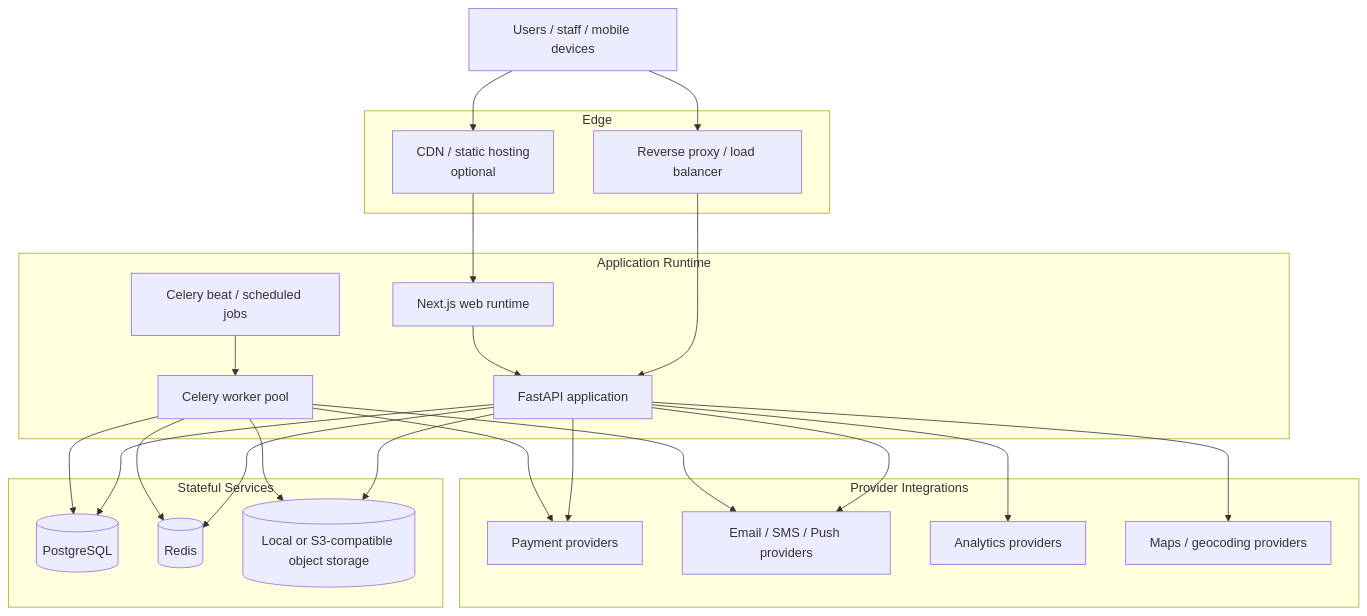
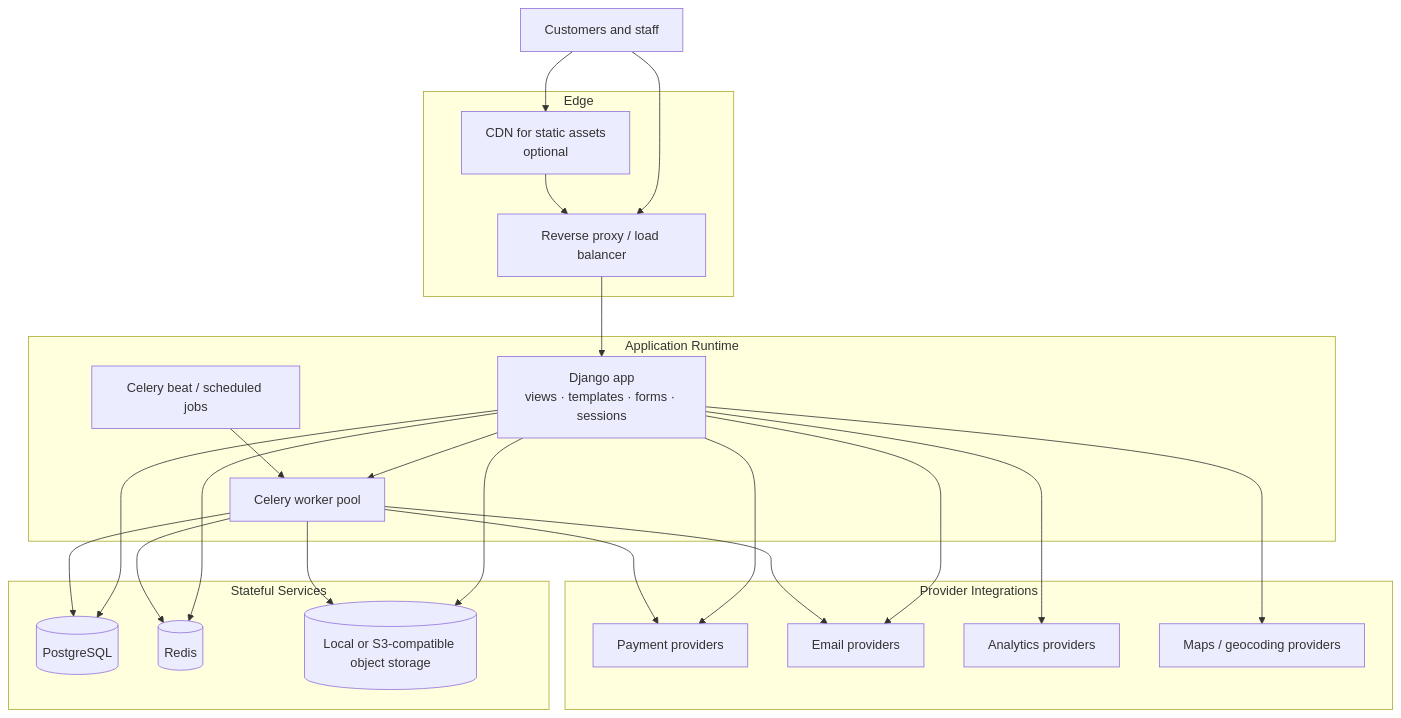
Before and after one commit to 0Ankit0/O.S.M: the diagram in docs/system-design/infrastructure/cloud-architecture.md, drawn with Mermaid. The commit also changed other lines of this file and 354 other files, not shown here.

````diff
--- a/docs/system-design/infrastructure/cloud-architecture.md
+++ b/docs/system-design/infrastructure/cloud-architecture.md
@@ -9,48 +9,47 @@
 ```mermaid
 graph TB
-    Internet["Users / staff / mobile devices"]
+    Internet["Customers and staff"]
 
     subgraph Edge["Edge"]
-        CDN["CDN / static hosting<br/>optional"]
+        CDN["CDN for static assets<br/>optional"]
         ReverseProxy["Reverse proxy / load balancer"]
     end
 
     subgraph App["Application Runtime"]
-        Next["Next.js web runtime"]
-        API["FastAPI application"]
+        Django["Django app<br/>views · templates · forms · sessions"]
         Worker["Celery worker pool"]
         Beat["Celery beat / scheduled jobs"]
     end
 
     subgraph Data["Stateful Services"]
         PG[("PostgreSQL")]
         Redis[("Redis")]
         Storage[("Local or S3-compatible object storage")]
     end
 
     subgraph External["Provider Integrations"]
         Payment["Payment providers"]
-        Notification["Email / SMS / Push providers"]
+        Notification["Email providers"]
         Analytics["Analytics providers"]
         Maps["Maps / geocoding providers"]
     end
 
     Internet --> CDN
     Internet --> ReverseProxy
-    CDN --> Next
-    ReverseProxy --> API
-    Next --> API
-    API --> PG
-    API --> Redis
-    API --> Storage
-    API --> Payment
-    API --> Notification
-    API --> Analytics
+    CDN --> ReverseProxy
+    ReverseProxy --> Django
+    Django --> PG
+    Django --> Redis
+    Django --> Storage
+    Django --> Payment
+    Django --> Notification
+    Django --> Analytics
+    Django --> Maps
+    Django --> Worker
     Worker --> PG
     Worker --> Redis
     Worker --> Storage
     Worker --> Notification
     Worker --> Payment
     Beat --> Worker
-    API --> Maps
 ```
````
